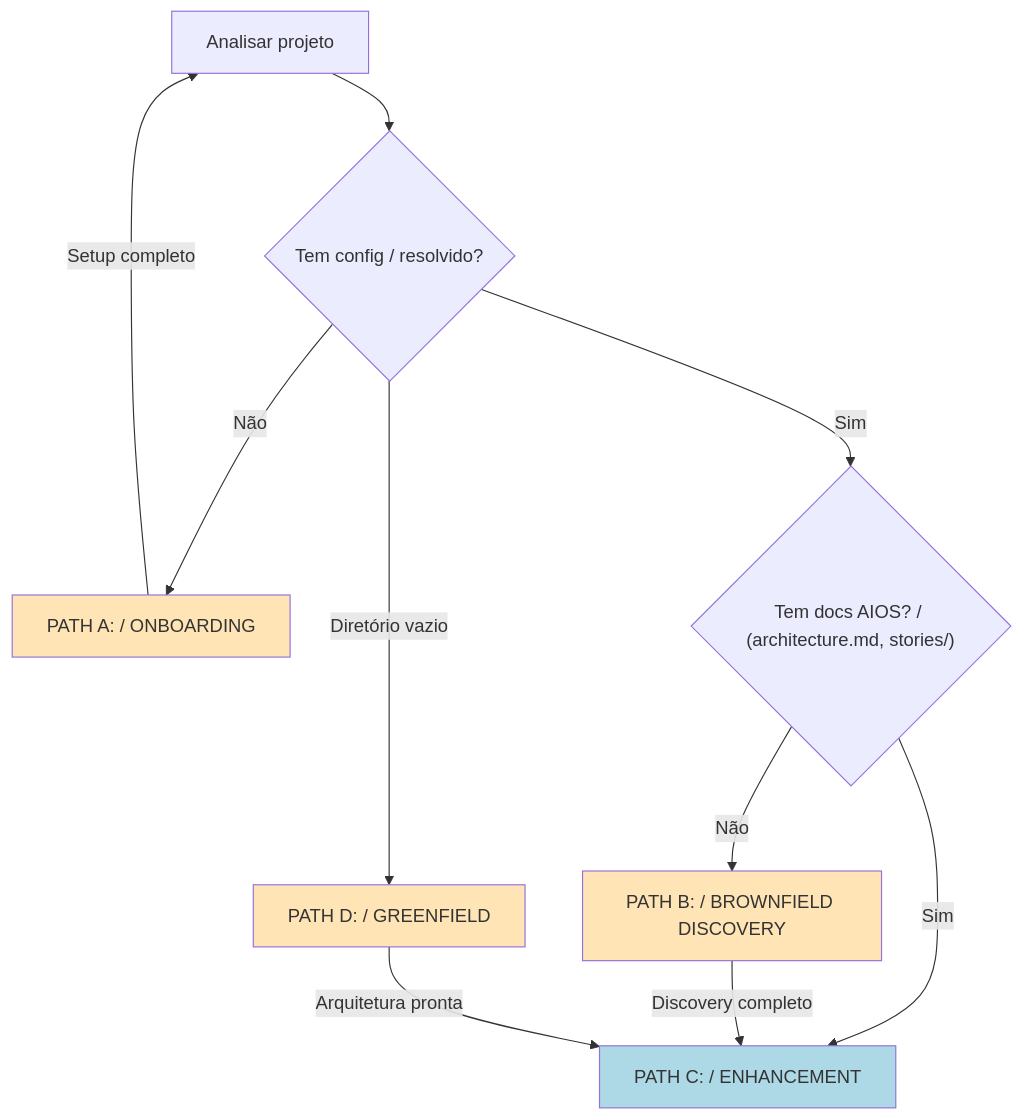
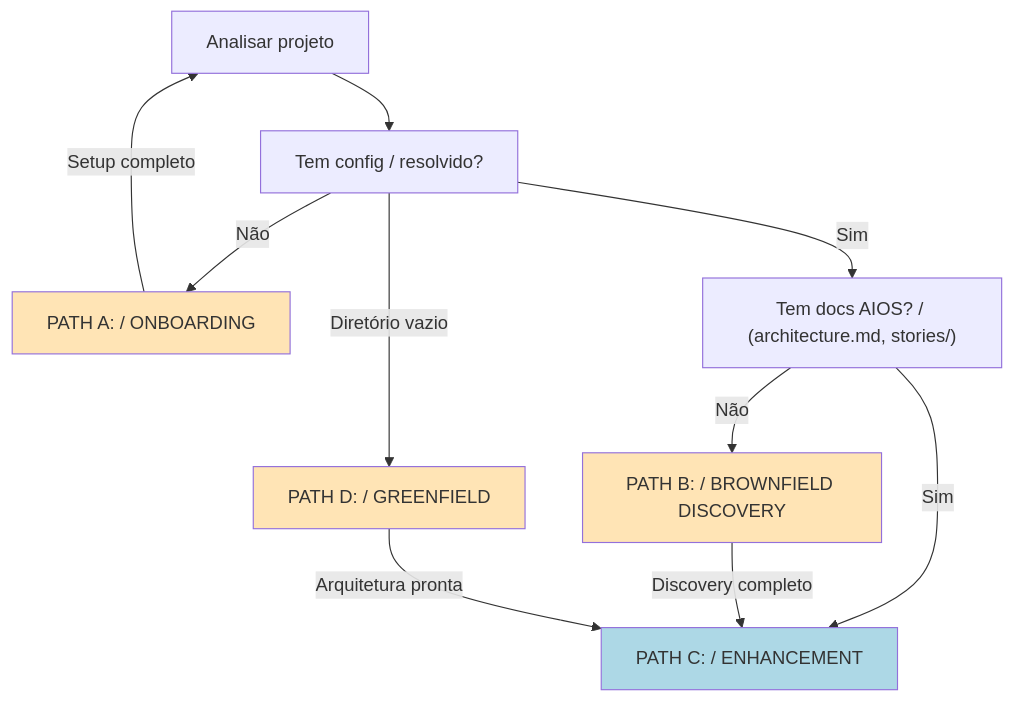
Before and after one commit to bychrisr/aios-docs: the fifth of 17 diagrams in content/en/docs/aios-workflows/bob-orchestrator-workflow.mdx, drawn with Mermaid. The commit also changed other lines of this file and 40 other files, not shown here.

````diff
--- a/content/en/docs/aios-workflows/bob-orchestrator-workflow.mdx
+++ b/content/en/docs/aios-workflows/bob-orchestrator-workflow.mdx
@@ -369,18 +369,18 @@
 ```mermaid
 flowchart TB
-    START["Analisar projeto"] --> Q1{"Tem config / resolvido?"}
+    START["Analisar projeto"] --> Q1["Tem config / resolvido?"]
     Q1 -->|Não| PA["PATH A: / ONBOARDING"]
-    Q1 -->|Sim| Q2{"Tem docs AIOS? / (architecture.md, stories/)"}
+    Q1 -->|Sim| Q2["Tem docs AIOS? / (architecture.md, stories/)"]
     Q2 -->|Não| PB["PATH B: / BROWNFIELD DISCOVERY"]
     Q2 -->|Sim| PC["PATH C: / ENHANCEMENT"]
     Q1 -->|Diretório vazio| PD["PATH D: / GREENFIELD"]
 
     PA --> |"Setup completo"| START
     PB --> |"Discovery completo"| PC
     PD --> |"Arquitetura pronta"| PC
 
     style PA fill:#FFE4B5
     style PB fill:#FFE4B5
     style PC fill:#ADD8E6
     style PD fill:#FFE4B5
 ```
````
